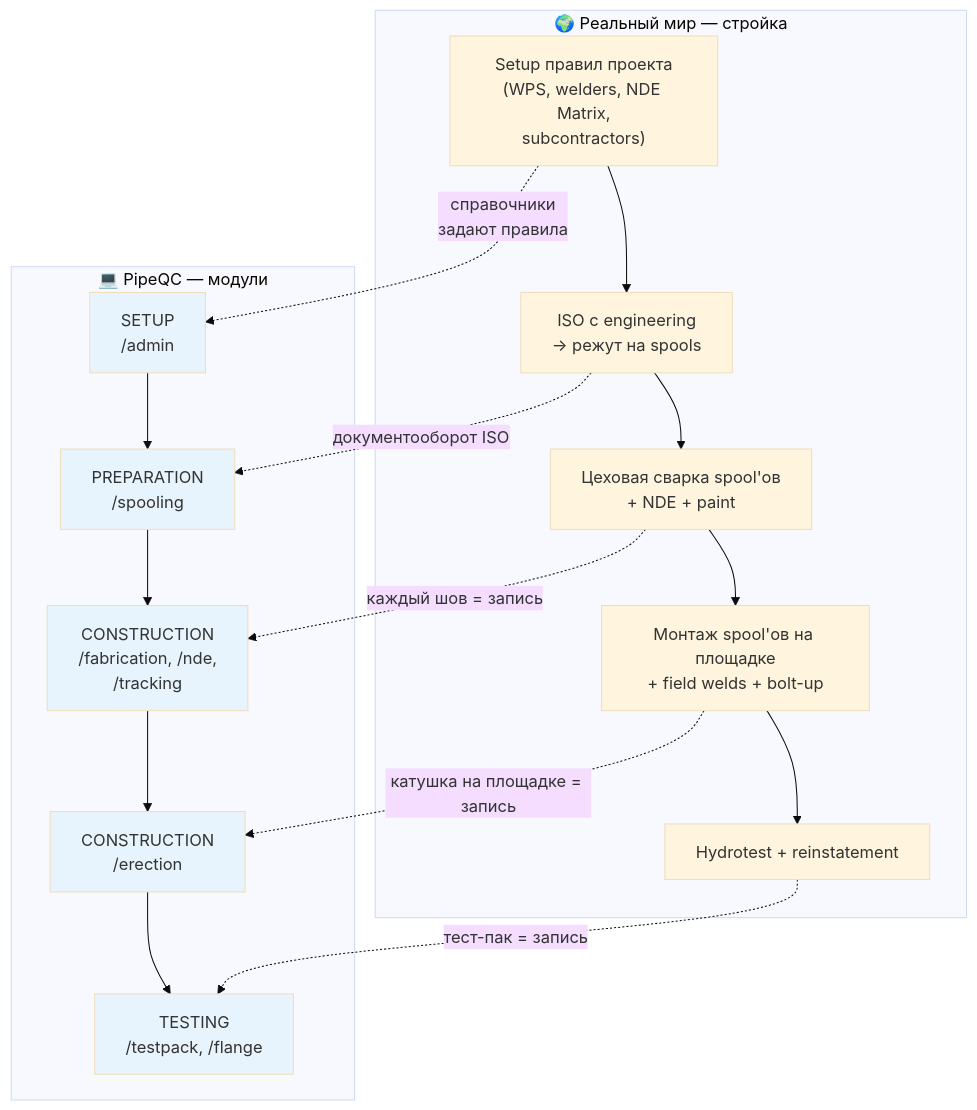
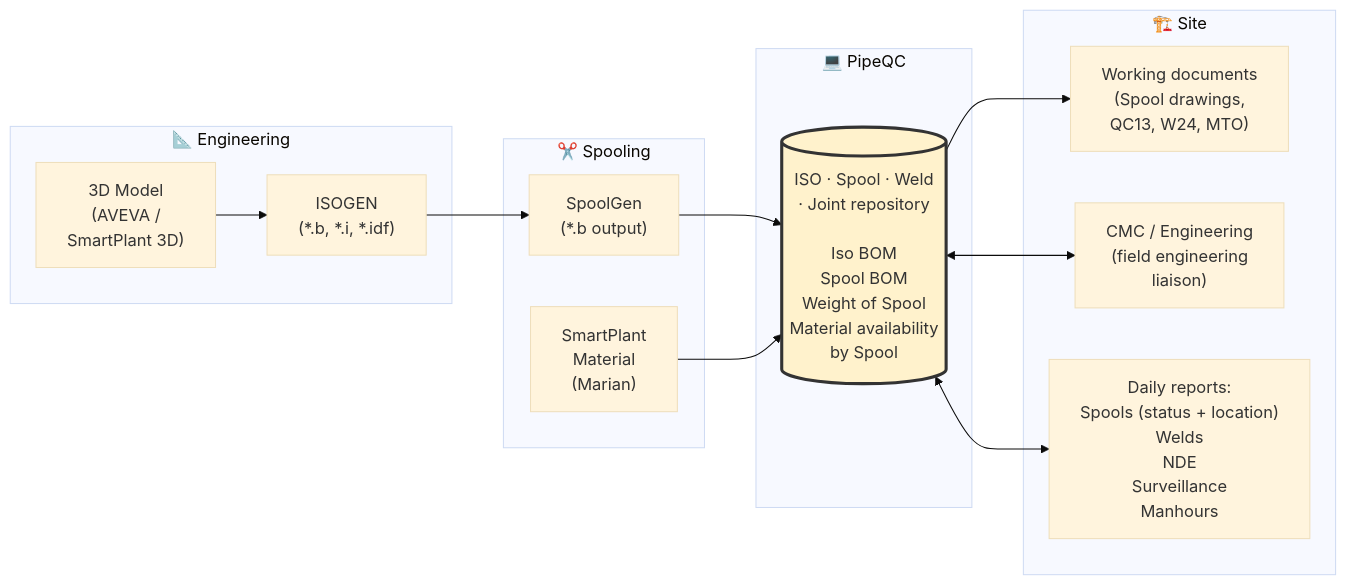
One commit to vvnezapnopwnz1/piping changed the second of 9 diagrams in docs/presentations/01-pipeqc-overview.md. Above: the diagram before and after it, drawn with Mermaid (base theme). The commit also changed other lines of this file and 28 other files, not shown here.

````diff
--- a/docs/presentations/01-pipeqc-overview.md
+++ b/docs/presentations/01-pipeqc-overview.md
@@ -125,32 +127,31 @@
 ```mermaid
-flowchart TB
-    subgraph REAL["🌍 Реальный мир — стройка"]
-        R1["Setup правил проекта<br/>(WPS, welders, NDE Matrix,<br/>subcontractors)"]
-        R2["ISO с engineering<br/>→ режут на spools"]
-        R3["Цеховая сварка spool'ов<br/>+ NDE + paint"]
-        R4["Монтаж spool'ов на площадке<br/>+ field welds + bolt-up"]
-        R5["Hydrotest + reinstatement"]
-        R1 --> R2 --> R3 --> R4 --> R5
+flowchart LR
+    subgraph ENG["📐 Engineering"]
+        E1["3D Model<br/>(AVEVA /<br/>SmartPlant 3D)"]
+        E2["ISOGEN<br/>(*.b, *.i, *.idf)"]
     end
 
-    subgraph APP["💻 PipeQC — модули"]
-        A1["SETUP<br/>/admin"]
-        A2["PREPARATION<br/>/spooling"]
-        A3["CONSTRUCTION<br/>/fabrication, /nde,<br/>/tracking"]
-        A4["CONSTRUCTION<br/>/erection"]
-        A5["TESTING<br/>/testpack, /flange"]
-        A1 --> A2 --> A3 --> A4 --> A5
+    subgraph SPL["✂️ Spooling"]
+        SG["SpoolGen<br/>(*.b output)"]
+        SM["SmartPlant<br/>Material<br/>(Marian)"]
     end
 
-    R1 -.->|справочники<br/>задают правила| A1
-    R2 -.->|документооборот ISO| A2
-    R3 -.->|каждый шов = запись| A3
-    R4 -.->|катушка на площадке = запись| A4
-    R5 -.->|тест-пак = запись| A5
+    subgraph CORE["💻 PipeQC"]
+        EP[("ISO · Spool · Weld<br/>· Joint repository<br/><br/>Iso BOM<br/>Spool BOM<br/>Weight of Spool<br/>Material availability<br/>by Spool")]
+    end
 
-    style A1 fill:#e8f4fd
-    style A2 fill:#e8f4fd
-    style A3 fill:#e8f4fd
-    style A4 fill:#e8f4fd
-    style A5 fill:#e8f4fd
+    subgraph SITE["🏗️ Site"]
+        S1["Working documents<br/>(Spool drawings,<br/>QC13, W24, MTO)"]
+        S2["CMC / Engineering<br/>(field engineering<br/>liaison)"]
+        S3["Daily reports:<br/>Spools (status + location)<br/>Welds<br/>NDE<br/>Surveillance<br/>Manhours"]
+    end
+
+    E1 --> E2 --> SG
+    SG --> EP
+    SM --> EP
+    EP --> S1
+    EP <--> S2
+    EP <--> S3
+
+    style EP fill:#fff2cc,stroke:#333,stroke-width:3px
 ```
````
